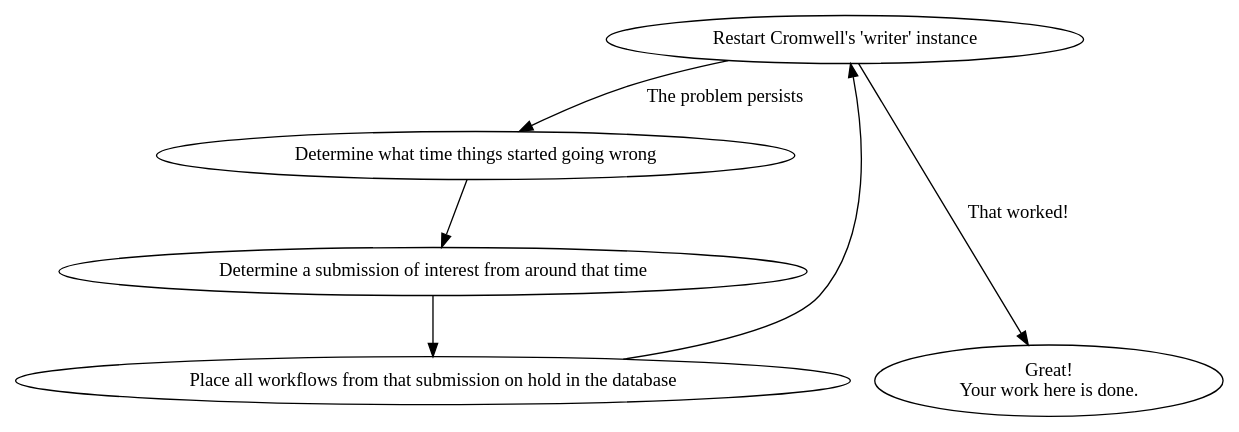
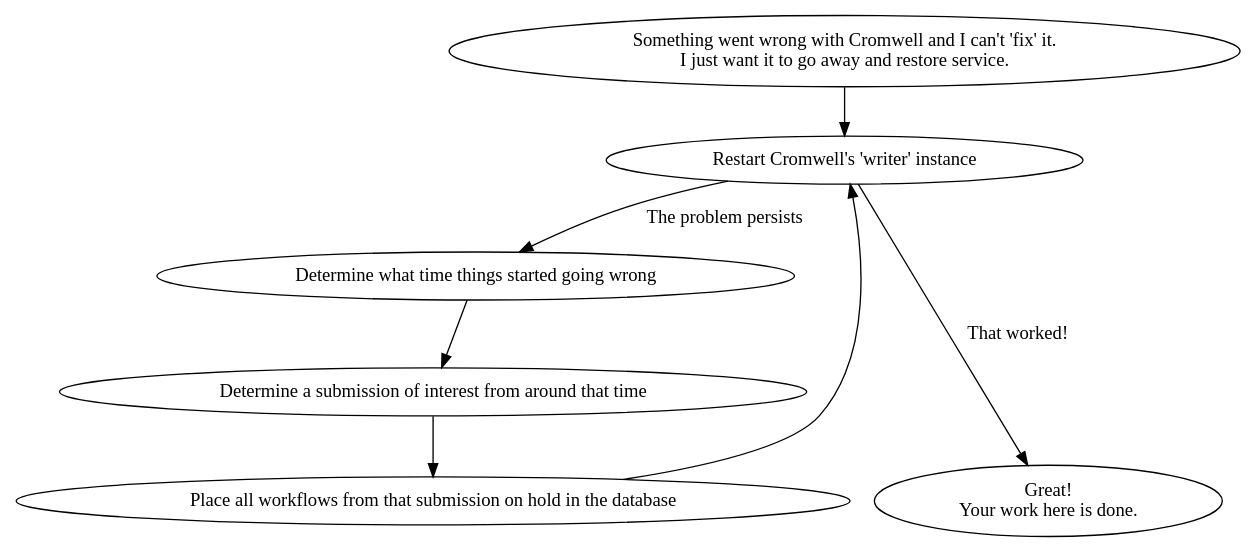
Before and after one commit to broadinstitute/cromwell: the diagram in processes/troubleshooting/all-purpose-mess-remover.dot, drawn with Graphviz. The commit also changed 1 other file, not shown here.

```diff
--- a/processes/troubleshooting/all-purpose-mess-remover.dot
+++ b/processes/troubleshooting/all-purpose-mess-remover.dot
@@ -1,30 +1,34 @@
 digraph {
 
   # Nodes
+
+  something_wrong [shape=oval label="Something went wrong with Cromwell and I can't 'fix' it.\nI just want it to go away and restore service."];
 
   # Always start with a restart:
   restart_cromwell_instance [shape=oval label="Restart Cromwell's 'writer' instance"];
 
   determine_time [shape=oval label="Determine what time things started going wrong"];
   determine_submissions_of_interest [shape=oval label="Determine a submission of interest from around that time"];
 
   place_submissions_on_hold [shape=oval label="Place all workflows from that submission on hold in the database"];
 
 
   go_to_sleep [shape=oval label="Great!\nYour work here is done."];
 
   { rank=max go_to_sleep }
 
 
   # Edges
 
+  something_wrong -> restart_cromwell_instance
+
   restart_cromwell_instance -> go_to_sleep [label="That worked!"]
 
   restart_cromwell_instance -> determine_time [label="The problem persists"]
   determine_time -> determine_submissions_of_interest
   determine_submissions_of_interest -> place_submissions_on_hold
 
   place_submissions_on_hold -> restart_cromwell_instance
 
 
 }
```
